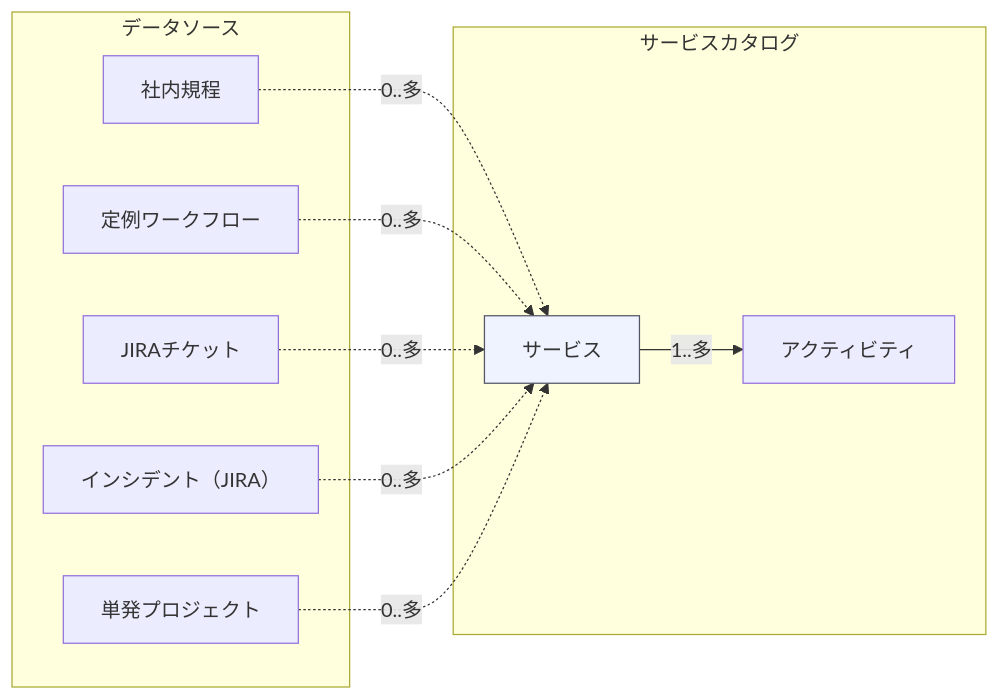
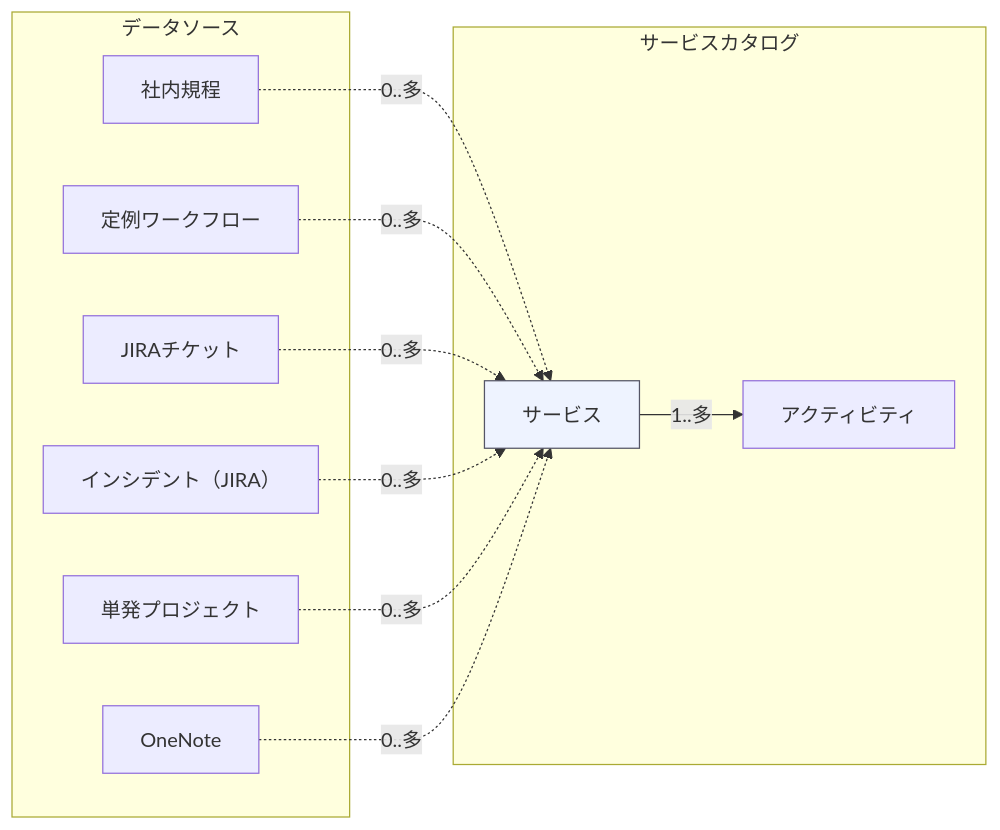
One commit to KChen-FMI/workspace-docs changed the diagram in run-book/service-catalog-data-sources.md. Above: the diagram before and after it, drawn with Mermaid. The commit also changed 16 other files, not shown here.

````diff
--- a/run-book/service-catalog-data-sources.md
+++ b/run-book/service-catalog-data-sources.md
@@ -7,22 +7,24 @@
 ```mermaid
 flowchart LR
   subgraph DS[データソース]
     R1[社内規程]
     R2[定例ワークフロー]
     R3[JIRAチケット]
     R4[インシデント（JIRA）]
     R5[単発プロジェクト]
+    R6[OneNote]
   end
 
   subgraph SC[サービスカタログ]
     SV[サービス]:::service -->|1..多| AC[アクティビティ]
   end
 
   R1 -. "0..多" .-> SV
   R2 -. "0..多" .-> SV
   R3 -. "0..多" .-> SV
   R4 -. "0..多" .-> SV
   R5 -. "0..多" .-> SV
+  R6 -. "0..多" .-> SV
 
   classDef service fill:#eef3ff,stroke:#556,stroke-width:1px;
 ```
````
